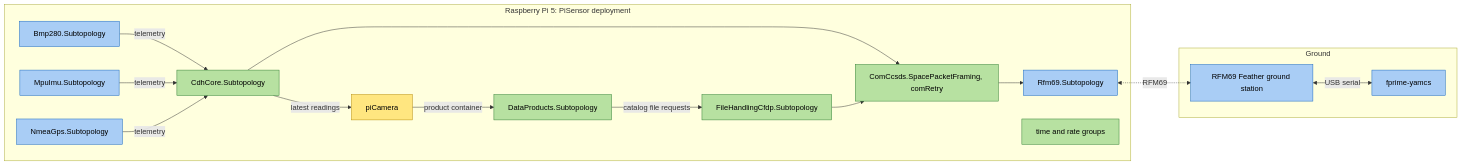
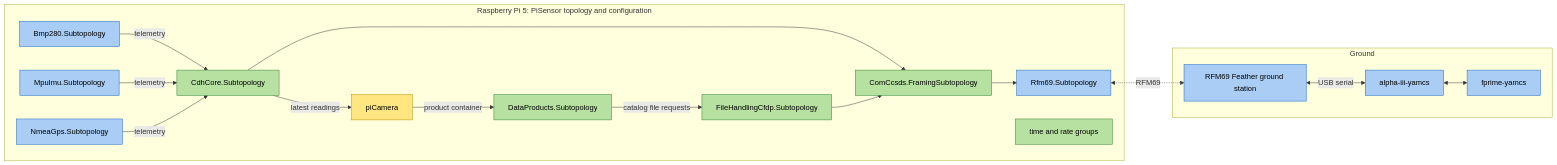
Before and after one commit to lestarch-autobot/fprime-pi-sensor-reference: the diagram in docs/ssdd.md, drawn with Mermaid. The commit also changed other lines of this file and 12 other files, not shown here.

````diff
--- a/docs/ssdd.md
+++ b/docs/ssdd.md
@@ -41,29 +38,30 @@
 ```mermaid
 flowchart LR
   classDef fprime fill:#b7e1a1,stroke:#2e7d32,color:#000
   classDef library fill:#a9cdf5,stroke:#1565c0,color:#000
   classDef bespoke fill:#ffe680,stroke:#b58900,color:#000
-  subgraph Pi5[Raspberry Pi 5: PiSensor deployment]
+  subgraph Pi5[Raspberry Pi 5: PiSensor topology and configuration]
     bmp[Bmp280.Subtopology]:::library
     imu[MpuImu.Subtopology]:::library
     gps[NmeaGps.Subtopology]:::library
     cdh[CdhCore.Subtopology]:::fprime
     cam[piCamera]:::bespoke
     dp[DataProducts.Subtopology]:::fprime
     fh[FileHandlingCfdp.Subtopology]:::fprime
-    com[ComCcsds.SpacePacketFraming, comRetry]:::fprime
+    com[ComCcsds.FramingSubtopology]:::fprime
     radio[Rfm69.Subtopology]:::library
     sched[time and rate groups]:::fprime
   end
   subgraph Ground
     gs[RFM69 Feather ground station]:::library
+    bridge[alpha-iii-yamcs]:::library
     yamcs[fprime-yamcs]:::library
   end
   bmp & imu & gps -- telemetry --> cdh
   cdh -- latest readings --> cam
   cam -- product container --> dp
   dp -- catalog file requests --> fh
   cdh & fh --> com --> radio
   radio <-. RFM69 .-> gs
-  gs <-- USB serial --> yamcs
+  gs <-- USB serial --> bridge <--> yamcs
 ```
````
